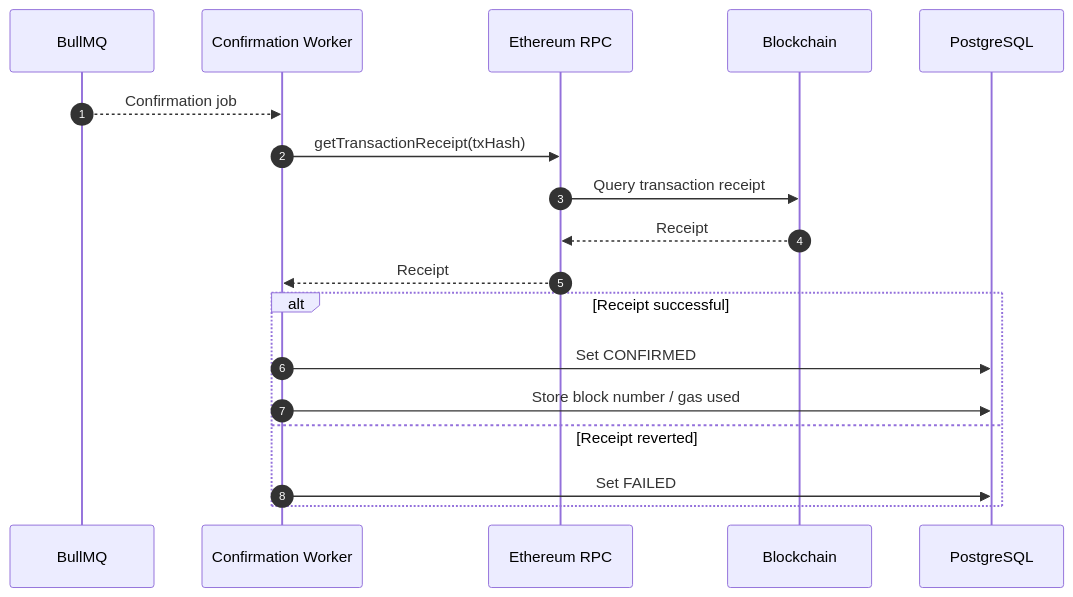
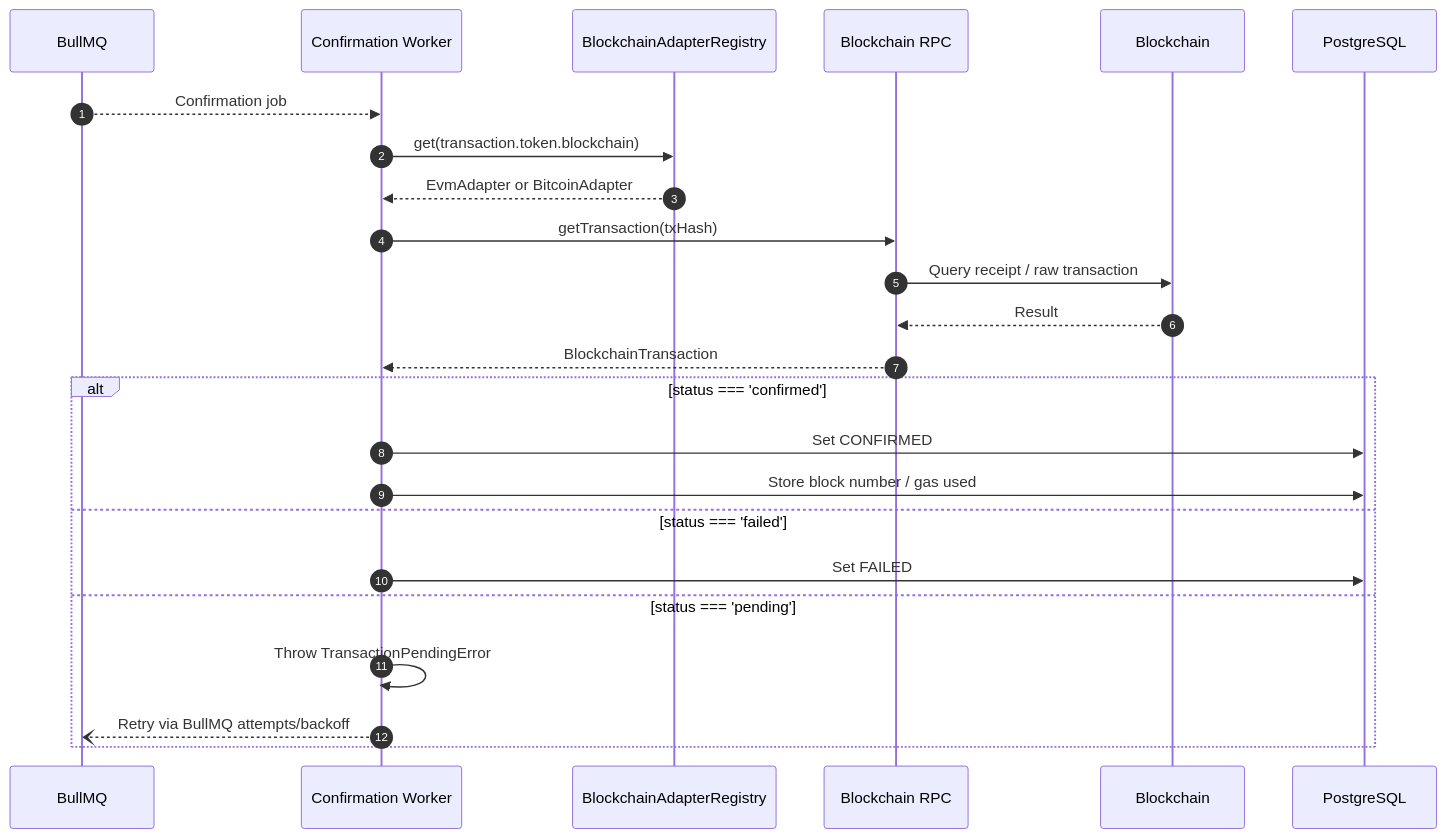
One commit to wahid-nwr/blockchain-transaction-simulator changed the fourth of 7 diagrams in docs/blockchain-integration.md. Above: the diagram before and after it, drawn with Mermaid. The commit also changed other lines of this file and 6 other files, not shown here.

Commit message:
Added blockchain adapter pattern document

````diff
--- a/docs/blockchain-integration.md
+++ b/docs/blockchain-integration.md
@@ -321,23 +542,29 @@
 ```mermaid
 sequenceDiagram
     autonumber
 
     participant Queue as BullMQ
     participant Worker as Confirmation Worker
-    participant RPC as Ethereum RPC
+    participant Registry as BlockchainAdapterRegistry
+    participant RPC as Blockchain RPC
     participant Chain as Blockchain
     participant DB as PostgreSQL
 
     Queue-->>Worker: Confirmation job
-    Worker->>RPC: getTransactionReceipt(txHash)
-    RPC->>Chain: Query transaction receipt
-    Chain-->>RPC: Receipt
-    RPC-->>Worker: Receipt
+    Worker->>Registry: get(transaction.token.blockchain)
+    Registry-->>Worker: EvmAdapter or BitcoinAdapter
+    Worker->>RPC: getTransaction(txHash)
+    RPC->>Chain: Query receipt / raw transaction
+    Chain-->>RPC: Result
+    RPC-->>Worker: BlockchainTransaction
 
-    alt Receipt successful
+    alt status === 'confirmed'
         Worker->>DB: Set CONFIRMED
         Worker->>DB: Store block number / gas used
-    else Receipt reverted
+    else status === 'failed'
         Worker->>DB: Set FAILED
+    else status === 'pending'
+        Worker->>Worker: Throw TransactionPendingError
+        Worker--)Queue: Retry via BullMQ attempts/backoff
     end
 ```
````
